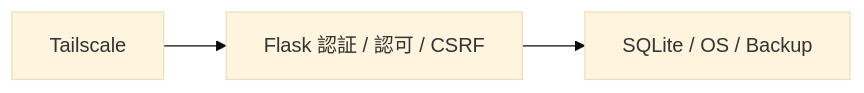
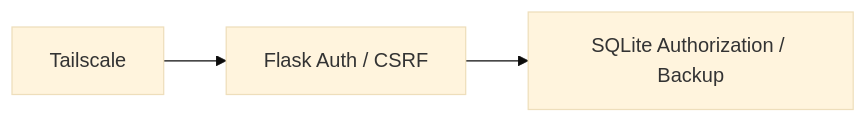
Before and after one commit to k-systems202208/python-sqlite-tailscale-webapp-template: the eighth of 8 diagrams in README.md, drawn with Mermaid (base theme). The commit also changed other lines of this file and 42 other files, not shown here.

````diff
--- a/README.md
+++ b/README.md
@@ -242,5 +283,5 @@
 ```mermaid
 flowchart LR
-    T["Tailscale"] --> A["Flask 認証 / 認可 / CSRF"]
-    A --> D["SQLite / OS / Backup"]
+    T["Tailscale"] --> A["Flask Auth / CSRF"]
+    A --> D["SQLite Authorization / Backup"]
 ```
````
